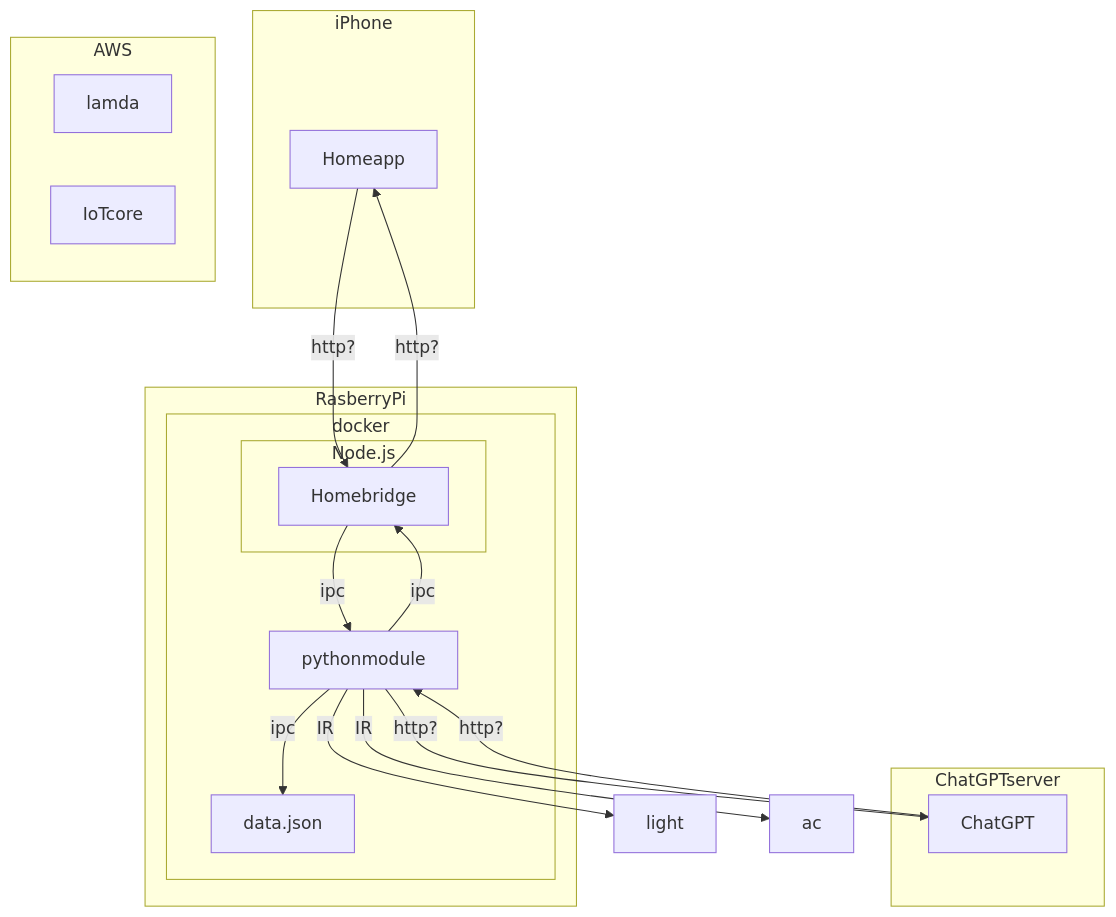
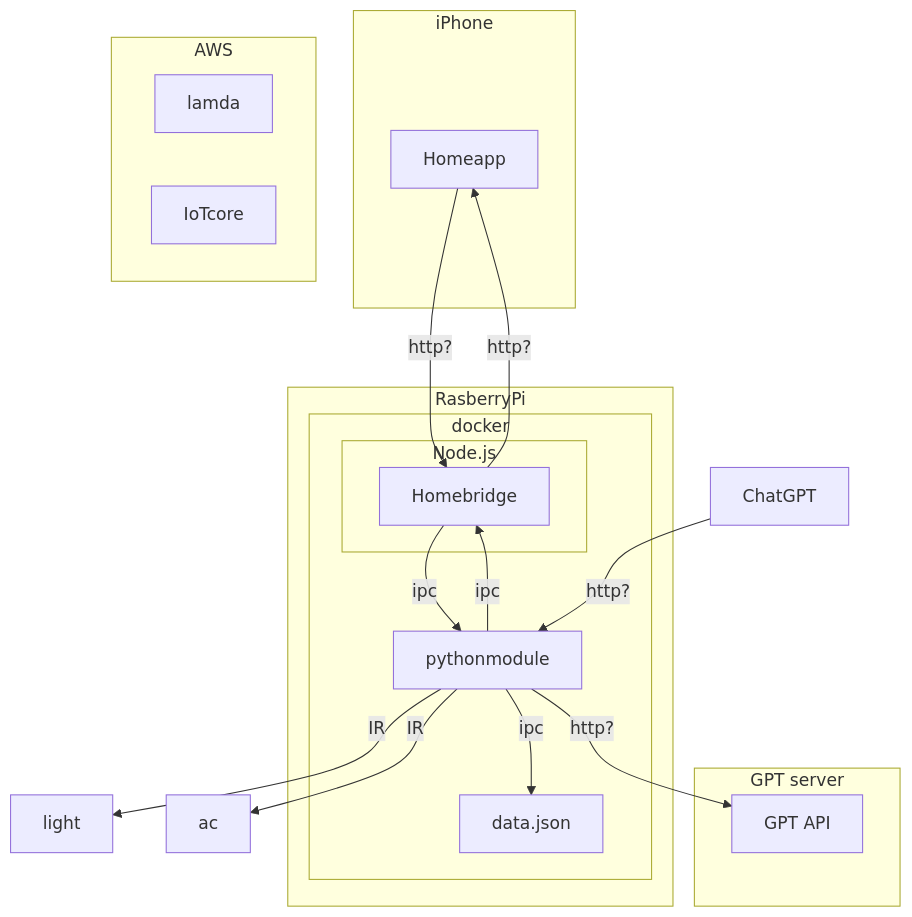
The first of 2 diagrams in docs/architecture.md (arumi123/homehub), drawn with Mermaid before and after one commit. The commit also changed other lines of this file and 12 other files, not shown here.

````diff
--- a/docs/architecture.md
+++ b/docs/architecture.md
@@ -7,39 +9,39 @@
 ```mermaid
 graph TD;
     subgraph iPhone [iPhone]
         Homeapp[Homeapp]
     end
 
-    subgraph ChatGPTserver [ChatGPTserver]
-        ChatGPT[ChatGPT]
+    subgraph GPTserver [GPT server]
+        GPTAPI[GPT API]
     end
 
     subgraph AWS [AWS]
         lamda[lamda]
         IoTcore[IoTcore]
     end
 
     subgraph RasPiSide [RasberryPi]
         subgraph dockercontainer[docker]
             subgraph Node.js[Node.js]
                 Homebridge[Homebridge]
             end
             pythonmodule[pythonmodule]
             data.json[data.json]
         end
     end
 
     light
 
     ac
 
     Homeapp -->|http?| Homebridge
     Homebridge -->|ipc| pythonmodule
     Homebridge -->|http?| Homeapp
     pythonmodule -->|IR| light
     pythonmodule -->|IR| ac
     pythonmodule -->|ipc| Homebridge
     pythonmodule -->|ipc| data.json
-    pythonmodule -->|http?| ChatGPT
+    pythonmodule -->|http?| GPTAPI
     ChatGPT -->|http?| pythonmodule
 ```
````
